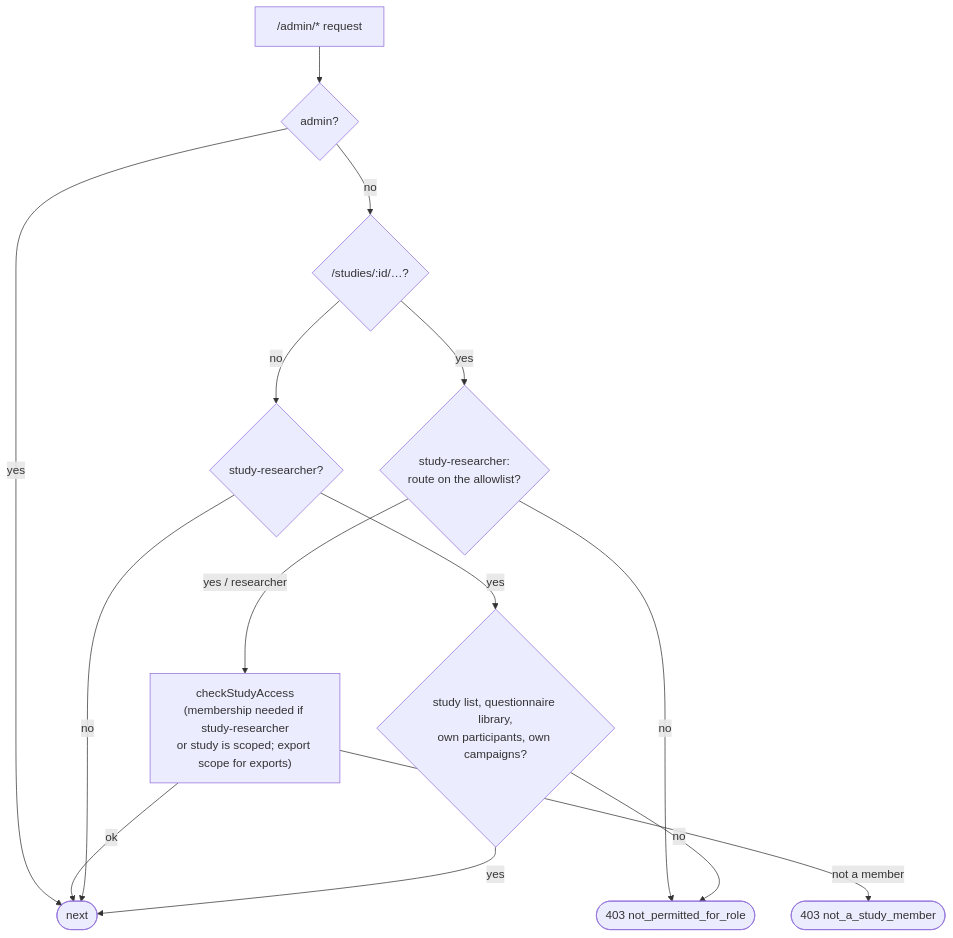
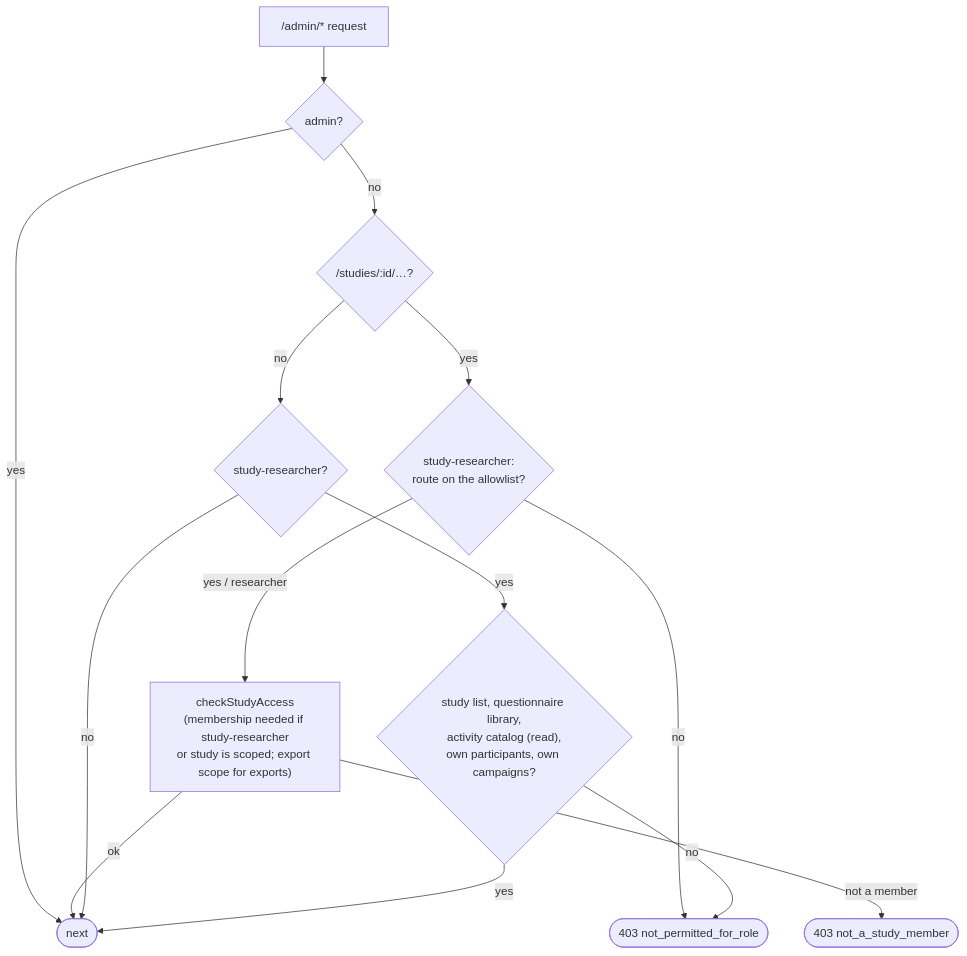
One commit to Bulgy404/health-habit-hub changed the fifth of 6 diagrams in docs/architecture.md. Above: the diagram before and after it, drawn with Mermaid. The commit also changed 14 other files, not shown here.

First line of the commit message:
fix(admin): let researchers read the activity catalog; show export errors

````diff
--- a/docs/architecture.md
+++ b/docs/architecture.md
@@ -617,16 +617,16 @@
 ```mermaid
 flowchart TD
     req["/admin/* request"] --> admin{admin?}
     admin -- yes --> pass([next])
     admin -- no --> study{"/studies/:id/…?"}
     study -- yes --> allow1{"study-researcher:<br/>route on the allowlist?"}
     allow1 -- no --> r403([403 not_permitted_for_role])
     allow1 -- yes / researcher --> check["checkStudyAccess<br/>(membership needed if study-researcher<br/>or study is scoped; export scope for exports)"]
     check -- ok --> pass
     check -- not a member --> m403([403 not_a_study_member])
     study -- no --> scoped{study-researcher?}
     scoped -- no --> pass
-    scoped -- yes --> allow2{"study list, questionnaire library,<br/>own participants, own campaigns?"}
+    scoped -- yes --> allow2{"study list, questionnaire library,<br/>activity catalog (read),<br/>own participants, own campaigns?"}
     allow2 -- yes --> pass
     allow2 -- no --> r403
 ```
````
